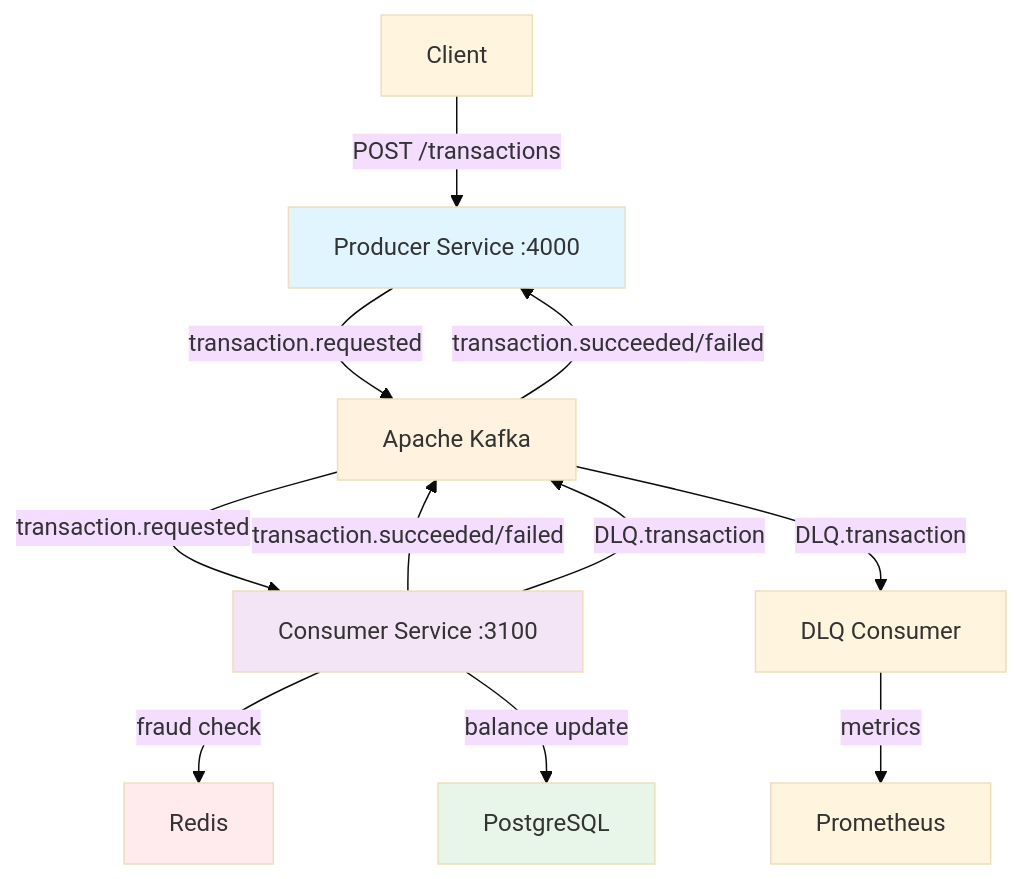
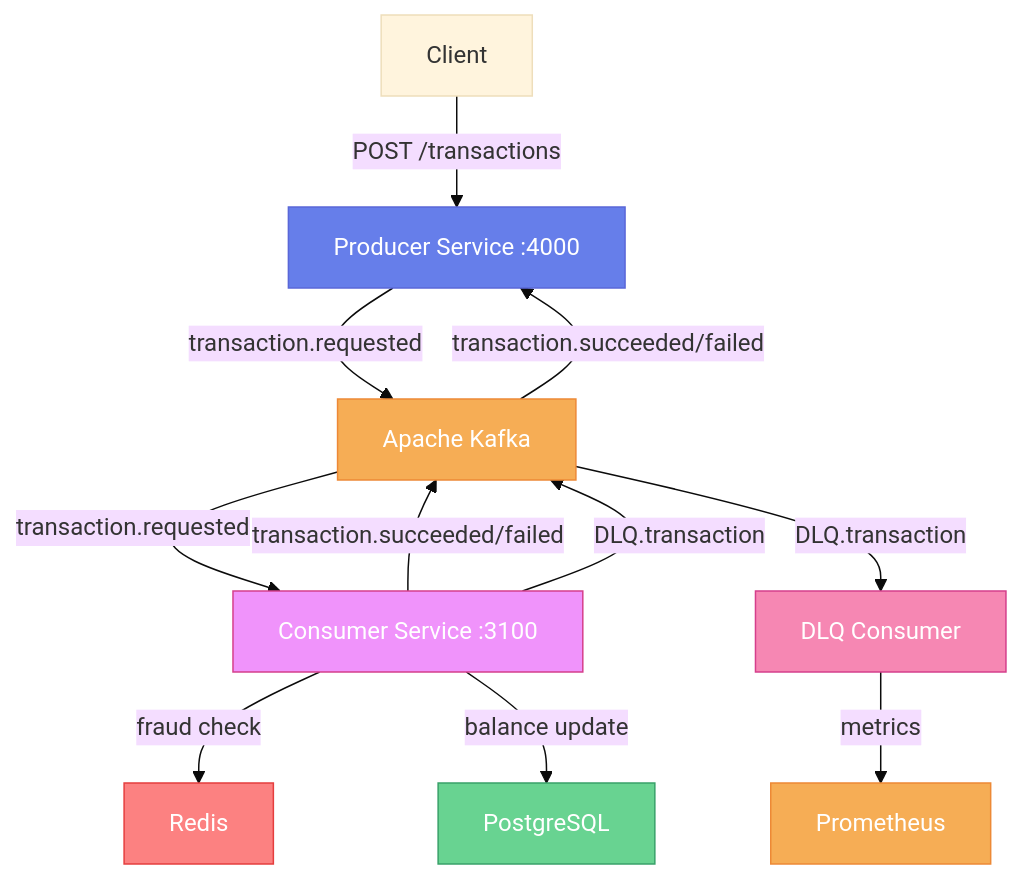
The first of 2 diagrams in README.MD (taha203040/Data_pipeline), drawn with Mermaid (base theme) before and after one commit. The commit also changed other lines of this file, not shown here.

Commit message:
update: diagram updates

````diff
--- a/README.MD
+++ b/README.MD
@@ -20,19 +20,21 @@
 ```mermaid
 graph TB
     Client[Client] -->|POST /transactions| Producer[Producer Service :4000]
     Producer -->|transaction.requested| Kafka[Apache Kafka]
     Kafka -->|transaction.requested| Consumer[Consumer Service :3100]
     Consumer -->|fraud check| Redis[Redis]
     Consumer -->|balance update| PostgreSQL[PostgreSQL]
     Consumer -->|transaction.succeeded/failed| Kafka
     Consumer -->|DLQ.transaction| Kafka
     Kafka -->|transaction.succeeded/failed| Producer
     Kafka -->|DLQ.transaction| DLQConsumer[DLQ Consumer]
     DLQConsumer -->|metrics| Prometheus[Prometheus]
 
-    style Producer fill:#e1f5fe
-    style Consumer fill:#f3e5f5
-    style Kafka fill:#fff3e0
-    style Redis fill:#ffebee
-    style PostgreSQL fill:#e8f5e9
+    style Producer fill:#667EEA,stroke:#5A67D8,color:#FFFFFF
+    style Consumer fill:#F093FB,stroke:#D53F8C,color:#FFFFFF
+    style Kafka fill:#F6AD55,stroke:#ED8936,color:#FFFFFF
+    style Redis fill:#FC8181,stroke:#E53E3E,color:#FFFFFF
+    style PostgreSQL fill:#68D391,stroke:#38A169,color:#FFFFFF
+    style DLQConsumer fill:#F687B3,stroke:#D53F8C,color:#FFFFFF
+    style Prometheus fill:#F6AD55,stroke:#ED8936,color:#FFFFFF
 ```
````
